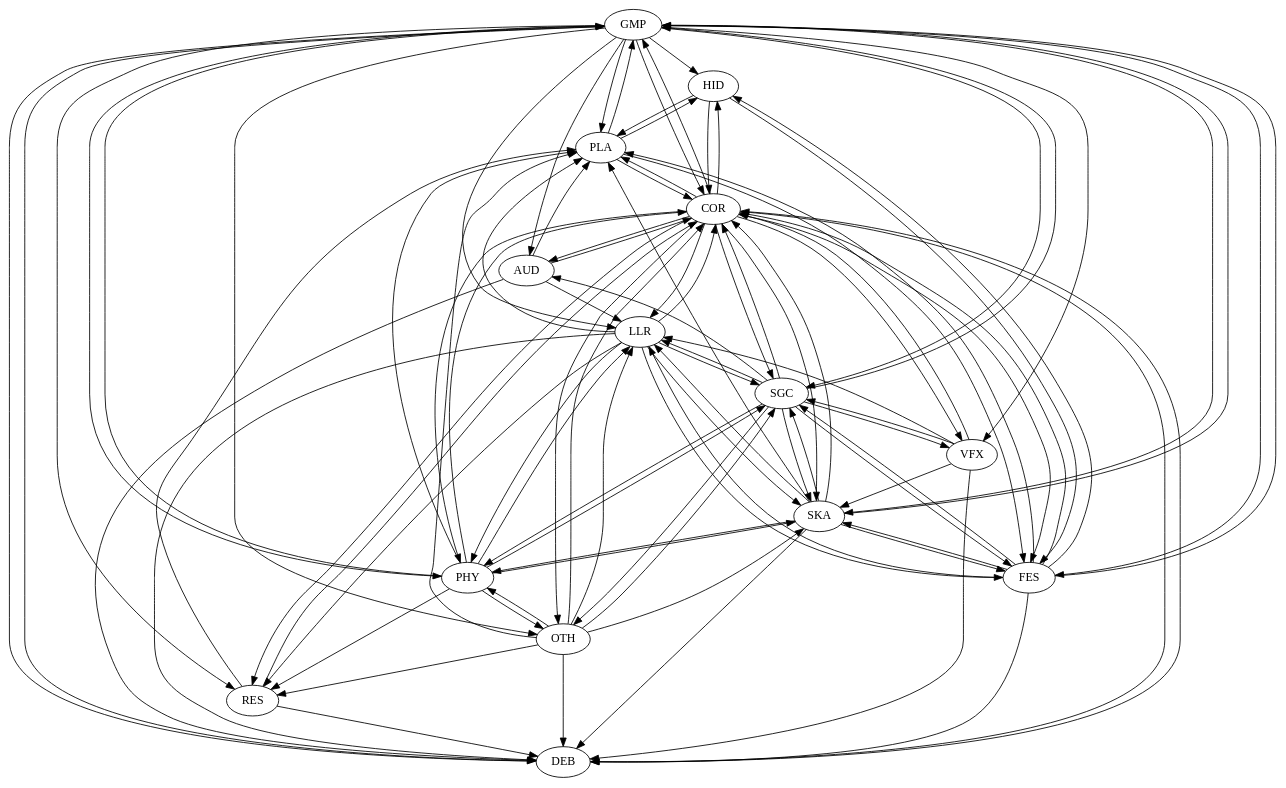
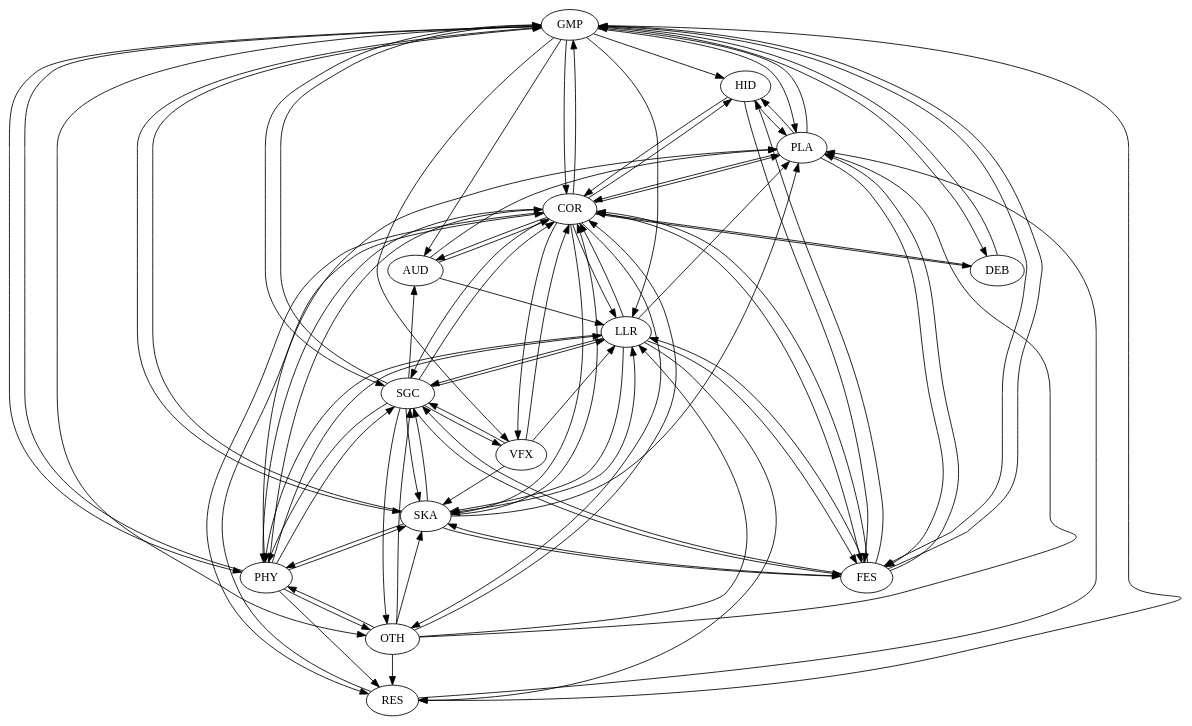
One commit to gamedev-studies/game-engine-analyser changed the diagram in 6_architectural_map_gen/updated-dot/dot/gameplay.dot. Above: the diagram before and after it, drawn with Graphviz. The commit also changed 2 other files, not shown here.

```diff
--- a/6_architectural_map_gen/updated-dot/dot/gameplay.dot
+++ b/6_architectural_map_gen/updated-dot/dot/gameplay.dot
@@ -1,98 +1,91 @@
 digraph "source tree" {
 "GMP"->"HID"
 "GMP"->"SGC"
 "GMP"->"PLA"
 "GMP"->"RES"
 "GMP"->"OTH"
 "GMP"->"SKA"
 "GMP"->"FES"
 "GMP"->"PHY"
 "GMP"->"LLR"
 "GMP"->"VFX"
 "GMP"->"COR"
 "GMP"->"AUD"
 "GMP"->"DEB"
-"RES"->"DEB"
 "RES"->"COR"
 "RES"->"PLA"
 "LLR"->"SGC"
 "LLR"->"RES"
 "LLR"->"PLA"
 "LLR"->"FES"
 "LLR"->"SKA"
-"LLR"->"DEB"
 "LLR"->"COR"
 "LLR"->"PHY"
 "SGC"->"VFX"
 "SGC"->"AUD"
 "SGC"->"GMP"
 "SGC"->"SKA"
 "SGC"->"OTH"
 "SGC"->"FES"
 "SGC"->"COR"
 "SGC"->"LLR"
 "SGC"->"PHY"
 "FES"->"SGC"
 "FES"->"HID"
 "FES"->"PLA"
 "FES"->"GMP"
 "FES"->"SKA"
-"FES"->"DEB"
 "FES"->"COR"
 "FES"->"LLR"
 "COR"->"HID"
 "COR"->"GMP"
 "COR"->"SGC"
 "COR"->"PLA"
 "COR"->"SKA"
 "COR"->"OTH"
 "COR"->"RES"
 "COR"->"FES"
 "COR"->"PHY"
 "COR"->"LLR"
 "COR"->"VFX"
 "COR"->"AUD"
 "COR"->"DEB"
 "PHY"->"SGC"
 "PHY"->"RES"
 "PHY"->"PLA"
 "PHY"->"GMP"
 "PHY"->"OTH"
 "PHY"->"SKA"
 "PHY"->"COR"
 "PHY"->"LLR"
+"OTH"->"SGC"
+"OTH"->"RES"
+"OTH"->"PLA"
+"OTH"->"SKA"
+"OTH"->"COR"
+"OTH"->"LLR"
+"OTH"->"PHY"
 "HID"->"COR"
 "HID"->"FES"
 "HID"->"PLA"
 "AUD"->"LLR"
 "AUD"->"COR"
-"AUD"->"DEB"
 "AUD"->"PLA"
 "SKA"->"SGC"
 "SKA"->"PLA"
 "SKA"->"GMP"
 "SKA"->"FES"
-"SKA"->"DEB"
 "SKA"->"COR"
 "SKA"->"LLR"
 "SKA"->"PHY"
 "PLA"->"HID"
 "PLA"->"COR"
 "PLA"->"FES"
 "PLA"->"GMP"
-"OTH"->"SGC"
-"OTH"->"RES"
-"OTH"->"PLA"
-"OTH"->"SKA"
-"OTH"->"DEB"
-"OTH"->"COR"
-"OTH"->"LLR"
-"OTH"->"PHY"
+"VFX"->"LLR"
+"VFX"->"COR"
+"VFX"->"SKA"
 "VFX"->"SGC"
-"VFX"->"SKA"
-"VFX"->"DEB"
-"VFX"->"COR"
-"VFX"->"LLR"
 "DEB"->"COR"
 "DEB"->"GMP"
 }
```
